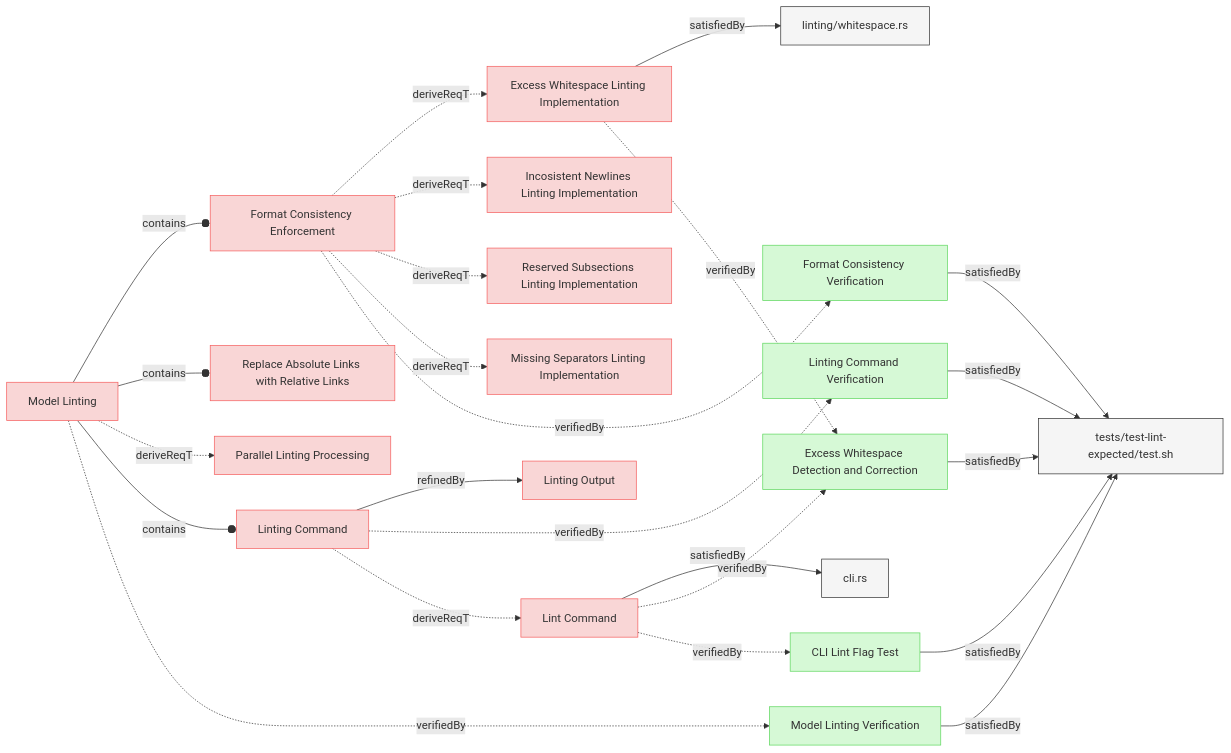
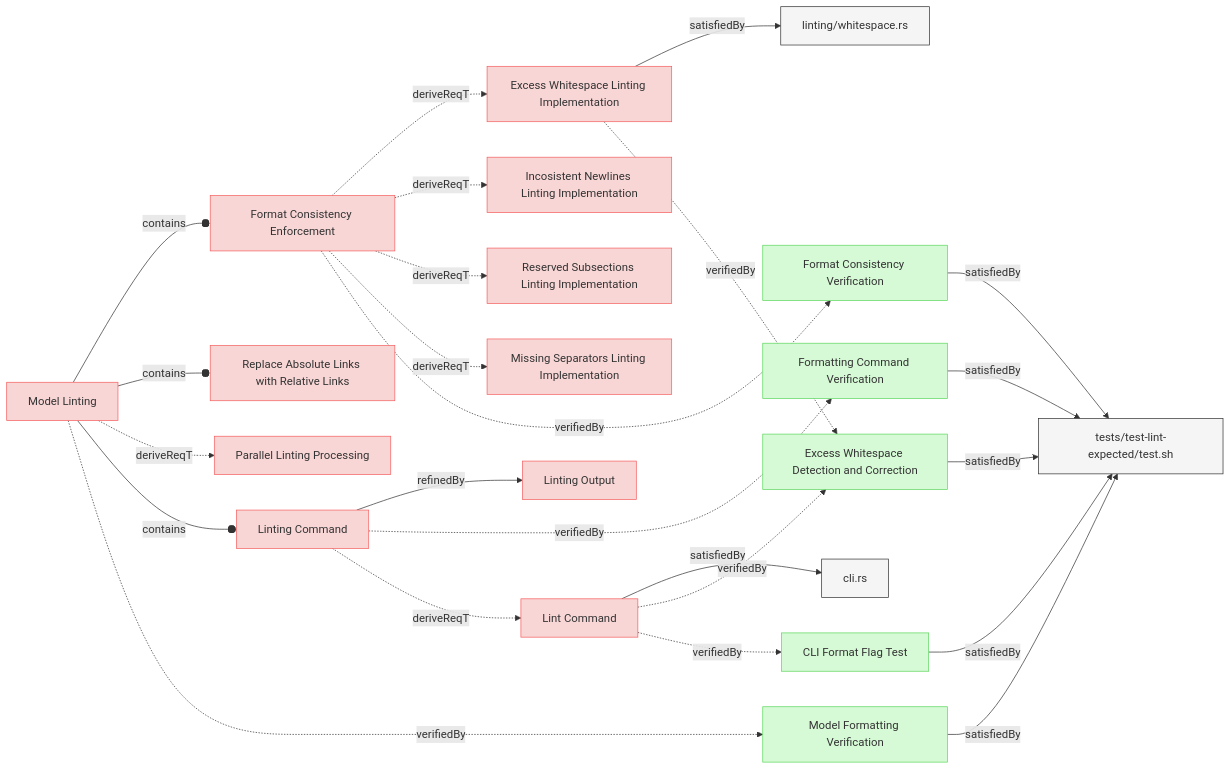
The first of 3 diagrams in specifications/Verifications/LintingTests.md (reqvire-org/reqvire), drawn with Mermaid before and after one commit. The commit also changed other lines of this file and 12 other files, not shown here.

First line of the commit message:
docs: Replace 'lint' with 'format' throughout documentation and specifications

```diff
--- a/specifications/Verifications/LintingTests.md
+++ b/specifications/Verifications/LintingTests.md
@@ -12,7 +12,7 @@
   classDef externalLink fill:#d0e0ff,stroke:#3080ff,stroke-width:1px;
   classDef default fill:#f5f5f5,stroke:#333333,stroke-width:1px;
 
-  a8037b2df81f02be["Linting Command Verification"];
+  a8037b2df81f02be["Formatting Command Verification"];
   class a8037b2df81f02be verification;
   click a8037b2df81f02be "LintingTests.md#linting-command-verification";
   a606311f33e42901["tests/test-lint-expected/test.sh"];
@@ -33,14 +33,14 @@
   class a606311f33e42901 default;
   click a606311f33e42901 "../../tests/test-lint-expected/test.sh";
   b8bfbd5ccf026b31 -->|satisfiedBy| a606311f33e42901;
-  6481e4ca8c4d6920["Model Linting Verification"];
+  6481e4ca8c4d6920["Model Formatting Verification"];
   class 6481e4ca8c4d6920 verification;
   click 6481e4ca8c4d6920 "LintingTests.md#model-linting-verification";
   a606311f33e42901["tests/test-lint-expected/test.sh"];
   class a606311f33e42901 default;
   click a606311f33e42901 "../../tests/test-lint-expected/test.sh";
   6481e4ca8c4d6920 -->|satisfiedBy| a606311f33e42901;
-  706dca24b7cc1eb8["CLI Lint Flag Test"];
+  706dca24b7cc1eb8["CLI Format Flag Test"];
   class 706dca24b7cc1eb8 verification;
   click 706dca24b7cc1eb8 "LintingTests.md#cli-lint-flag-test";
   a606311f33e42901["tests/test-lint-expected/test.sh"];
```
